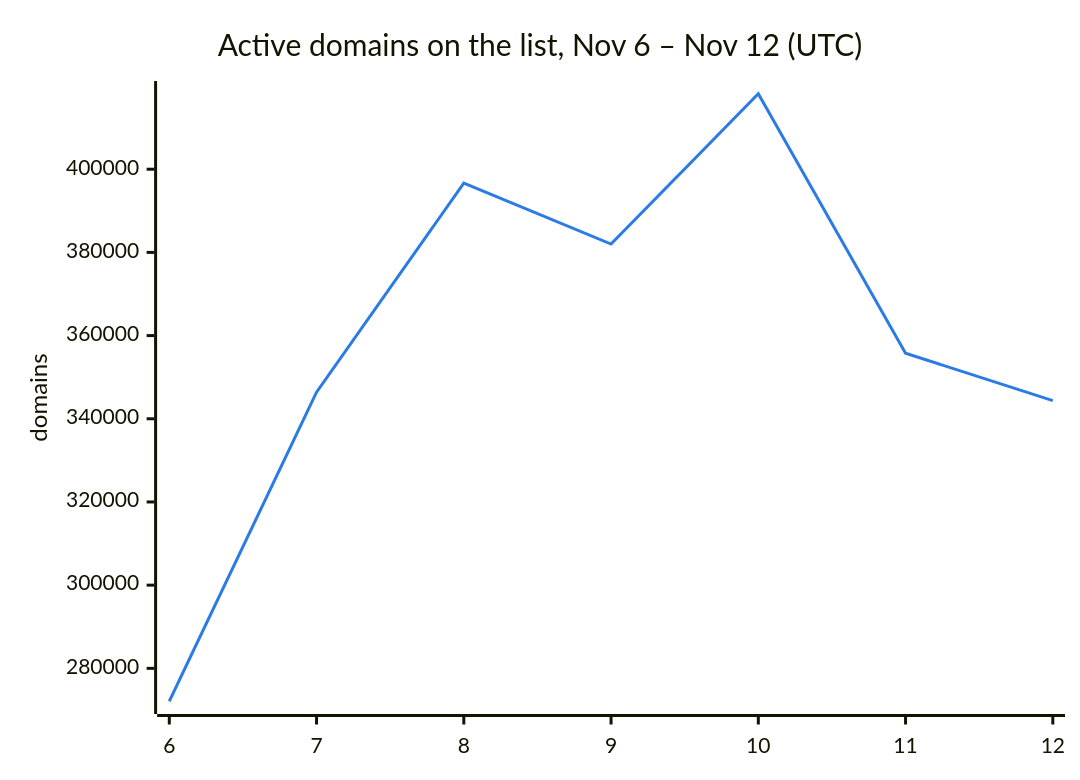
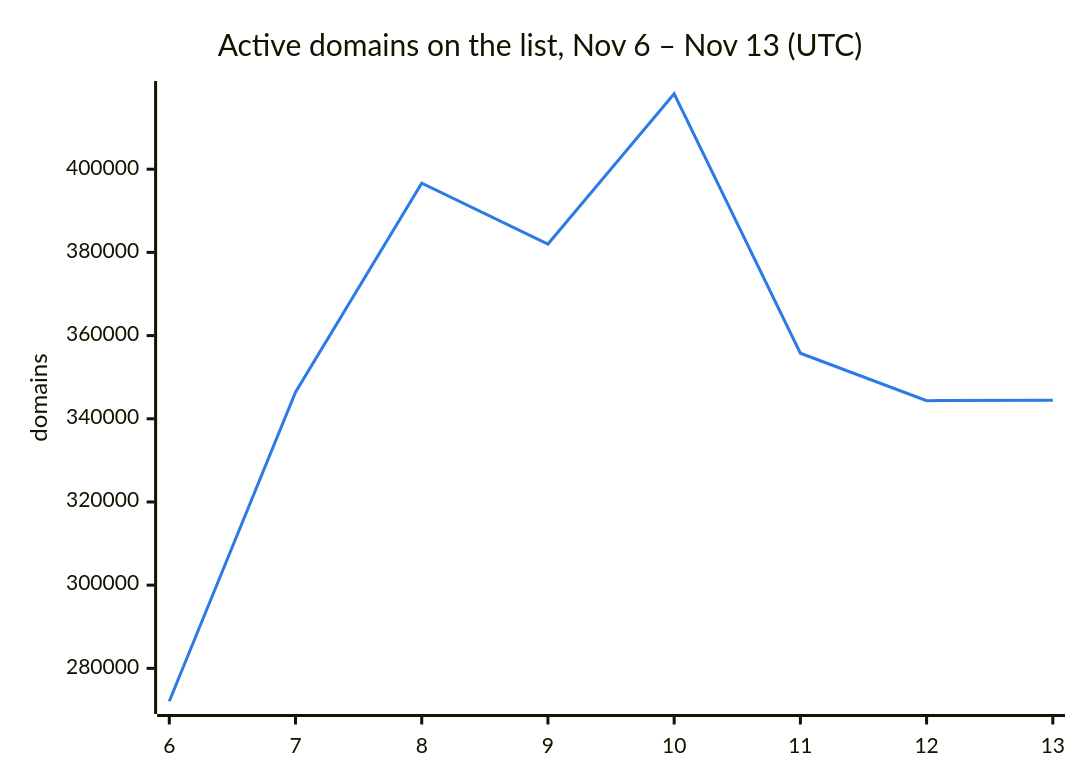
Before and after one commit to DNSBunker/CTI: the second of 3 diagrams in README.md, drawn with Mermaid. The commit also changed other lines of this file and 3 other files, not shown here.

First line of the commit message:
Update 2026-11-13 00:07 UTC: 344458 domains

````diff
--- a/README.md
+++ b/README.md
@@ -38,8 +38,8 @@
 ```mermaid
 %%{init: {"themeVariables": {"xyChart": {"plotColorPalette": "#2c7be5"}}}}%%
 xychart-beta
-    title "Active domains on the list, Nov 6 – Nov 12 (UTC)"
-    x-axis ["6", "7", "8", "9", "10", "11", "12"]
+    title "Active domains on the list, Nov 6 – Nov 13 (UTC)"
+    x-axis ["6", "7", "8", "9", "10", "11", "12", "13"]
     y-axis "domains"
-    line [272088, 346388, 396638, 382009, 418143, 355765, 344361]
+    line [272088, 346388, 396638, 382009, 418143, 355765, 344361, 344458]
 ```
````
